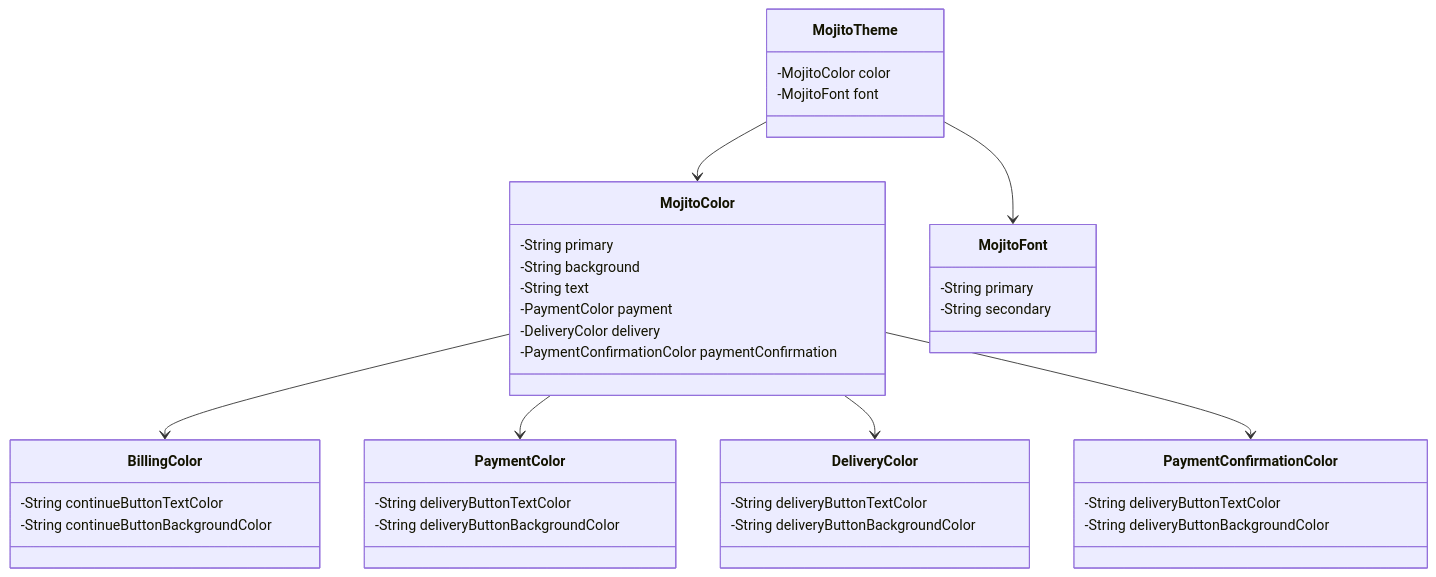
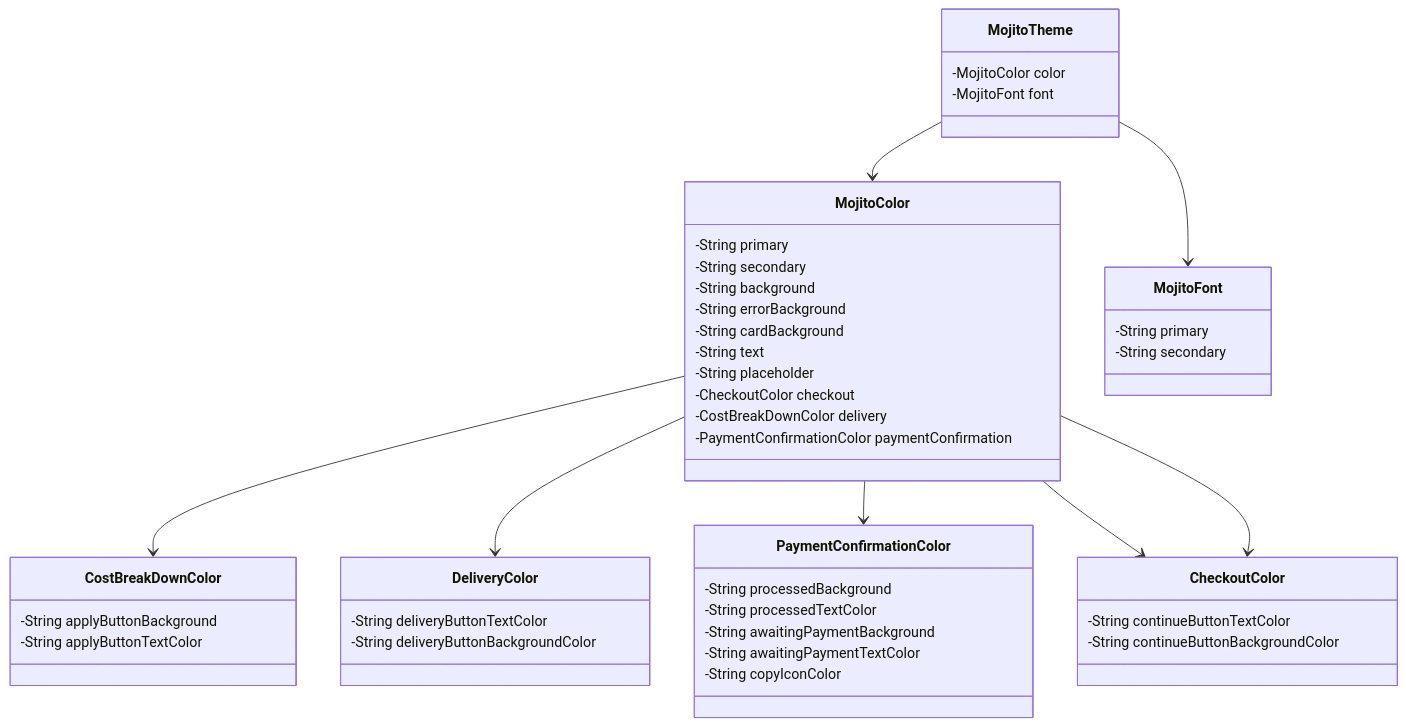
The diagram in architecture/architecture-class-theme.mmd (mojitoinc/mojito-mixer-v2), drawn with Mermaid before and after one commit. The commit also changed 11 other files, not shown here.

```diff
--- a/architecture/architecture-class-theme.mmd
+++ b/architecture/architecture-class-theme.mmd
@@ -1,40 +1,49 @@
 classDiagram  
 MojitoTheme --> MojitoColor
 MojitoTheme --> MojitoFont
-MojitoColor --> BillingColor
-MojitoColor --> PaymentColor
+MojitoColor --> CostBreakDownColor
 MojitoColor --> DeliveryColor
 MojitoColor --> PaymentConfirmationColor
+MojitoColor --> CheckoutColor
+
+MojitoColor --> CheckoutColor
 
 class MojitoTheme {
     -MojitoColor color
     -MojitoFont font
 }
 class MojitoColor {
     -String primary
+    -String secondary
     -String background
+    -String errorBackground
+    -String cardBackground
     -String text
-    -PaymentColor payment
-    -DeliveryColor delivery
+    -String placeholder
+    -CheckoutColor checkout
+    -CostBreakDownColor delivery
     -PaymentConfirmationColor paymentConfirmation
 }
 class MojitoFont {
     -String primary
     -String secondary
 }
-class BillingColor {
+class CheckoutColor {
     -String continueButtonTextColor
     -String continueButtonBackgroundColor
 } 
-class PaymentColor {
-    -String deliveryButtonTextColor
-    -String deliveryButtonBackgroundColor
+class CostBreakDownColor {
+    -String applyButtonBackground
+    -String applyButtonTextColor
 }
 class DeliveryColor {
     -String deliveryButtonTextColor
     -String deliveryButtonBackgroundColor
 }
 class PaymentConfirmationColor {
-    -String deliveryButtonTextColor
-    -String deliveryButtonBackgroundColor
+    -String processedBackground
+    -String processedTextColor
+    -String awaitingPaymentBackground
+    -String awaitingPaymentTextColor
+    -String copyIconColor
 }
```
